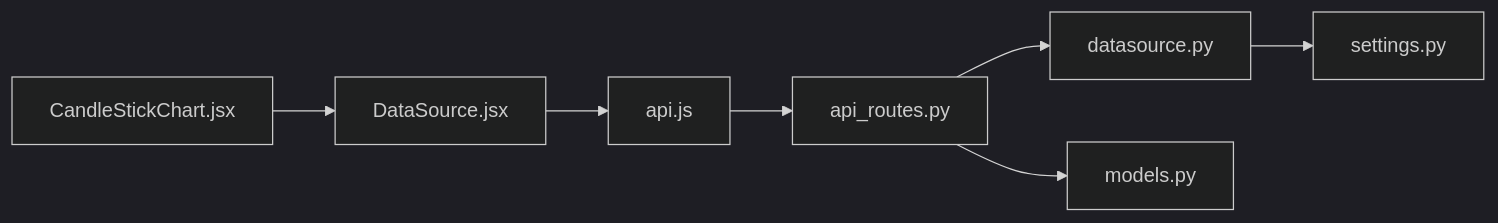
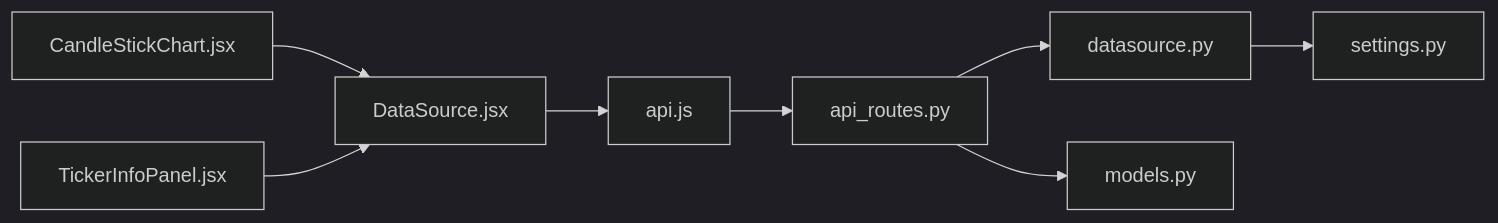
One commit to faryhuo/backtrader changed the seventh of 7 diagrams in .qoder/repowiki/zh/content/后端架构/数据模型/数据访问服务/数据源服务.md. Above: the diagram before and after it, drawn with Mermaid (dark theme). The commit also changed other lines of this file and 23 other files, not shown here.

````diff
--- a/.qoder/repowiki/zh/content/后端架构/数据模型/数据访问服务/数据源服务.md
+++ b/.qoder/repowiki/zh/content/后端架构/数据模型/数据访问服务/数据源服务.md
@@ -263,9 +322,10 @@
 ```mermaid
 graph LR
 APIRoutes["api_routes.py"] --> DS["datasource.py"]
 DS --> Settings["settings.py"]
 APIRoutes --> Models["models.py"]
 DataSourcePage["DataSource.jsx"] --> ApiJS["api.js"]
 ApiJS --> APIRoutes
 CandleChart["CandleStickChart.jsx"] --> DataSourcePage
+InfoPanel["TickerInfoPanel.jsx"] --> DataSourcePage
 ```
````
